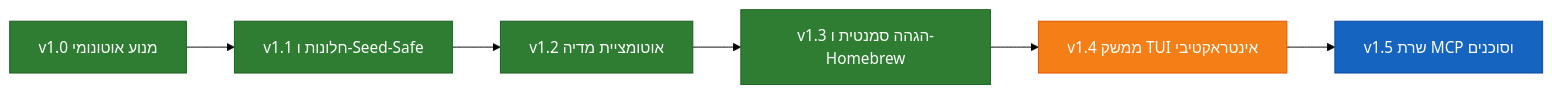
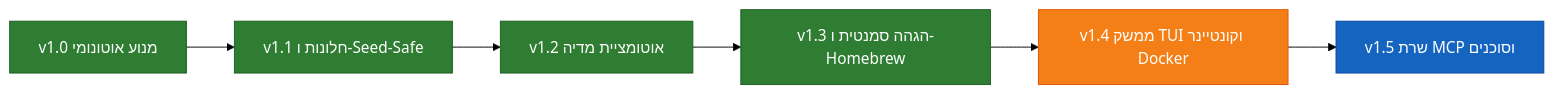
Before and after one commit to omerninyo/RightSub: the diagram in ROADMAP.he.md, drawn with Mermaid (forest theme). The commit also changed other lines of this file and 3 other files, not shown here.

Commit message:
docs: add official Docker and Sidecar container support to v1.4.0 milestone in roadmap

````diff
--- a/ROADMAP.he.md
+++ b/ROADMAP.he.md
@@ -17,16 +17,16 @@
 ```mermaid
 flowchart LR
     v10["v1.0 מנוע אוטונומי"] --> v11["v1.1 חלונות ו-Seed-Safe"]
     v11 --> v12["v1.2 אוטומציית מדיה"]
     v12 --> v13["v1.3 הגהה סמנטית ו-Homebrew"]
-    v13 --> v14["v1.4 ממשק TUI אינטראקטיבי"]
+    v13 --> v14["v1.4 ממשק TUI וקונטיינר Docker"]
     v14 --> v15["v1.5 שרת MCP וסוכנים"]
 
     classDef done fill:#2e7d32,stroke:#1b5e20,color:#ffffff;
     classDef planned fill:#f57f17,stroke:#e65100,color:#ffffff;
     classDef horizon fill:#1565c0,stroke:#0d47a1,color:#ffffff;
 
     class v10,v11,v12,v13 done;
     class v14 planned;
     class v15 horizon;
 ```
````
